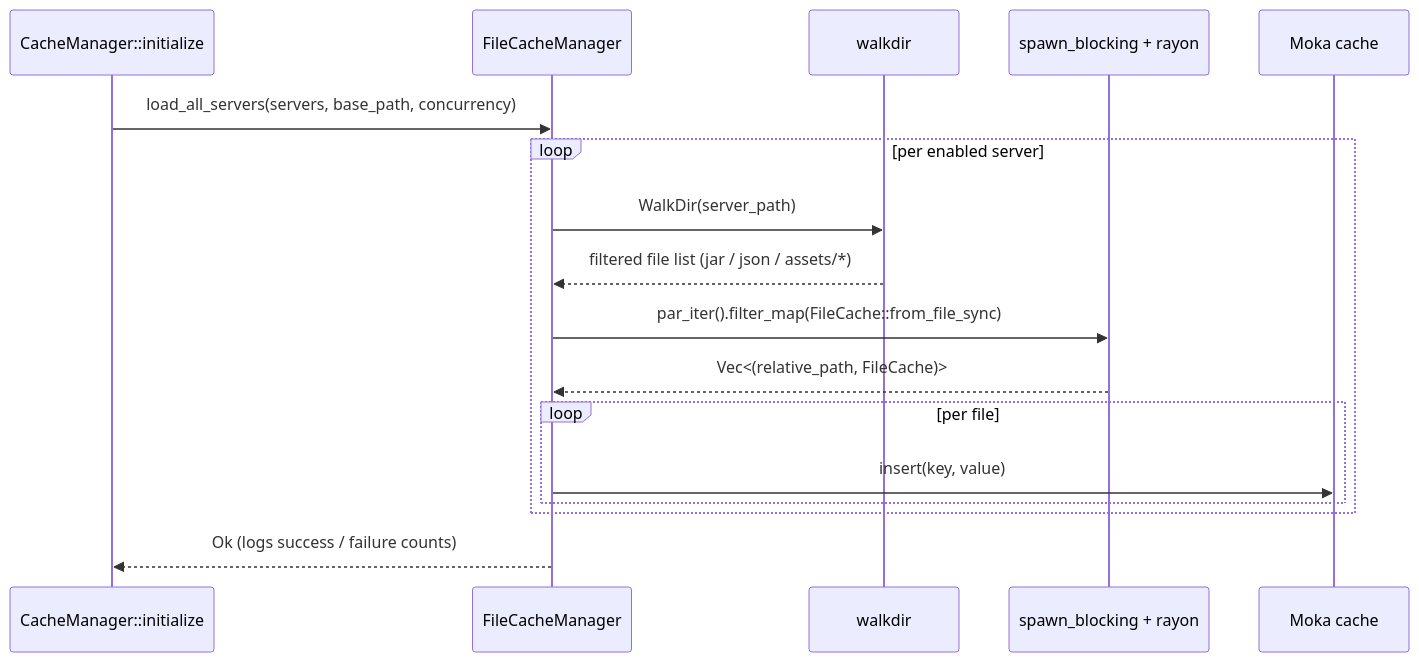
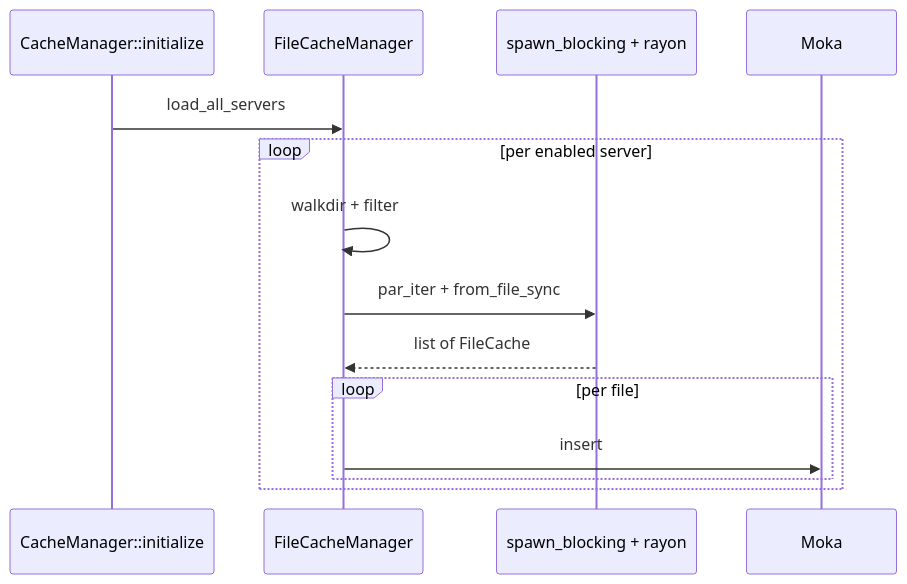
One commit to Lighty-Launcher/LightyUpdater changed the first of 3 diagrams in crates/file-cache/docs/flows.md. Above: the diagram before and after it, drawn with Mermaid. The commit also changed other lines of this file and 22 other files, not shown here.

First line of the commit message:
Simplify per-crate docs + harden mermaid for GitBook

````diff
--- a/crates/file-cache/docs/flows.md
+++ b/crates/file-cache/docs/flows.md
@@ -9,20 +5,17 @@
 ```mermaid
 sequenceDiagram
     participant Init as CacheManager::initialize
     participant Mgr as FileCacheManager
-    participant Walk as walkdir
     participant Pool as spawn_blocking + rayon
-    participant Cache as Moka cache
+    participant Cache as Moka
 
-    Init->>Mgr: load_all_servers(servers, base_path, concurrency)
+    Init->>Mgr: load_all_servers
     loop per enabled server
-        Mgr->>Walk: WalkDir(server_path)
-        Walk-->>Mgr: filtered file list (jar / json / assets/*)
-        Mgr->>Pool: par_iter().filter_map(FileCache::from_file_sync)
-        Pool-->>Mgr: Vec<(relative_path, FileCache)>
+        Mgr->>Mgr: walkdir + filter
+        Mgr->>Pool: par_iter + from_file_sync
+        Pool-->>Mgr: list of FileCache
         loop per file
-            Mgr->>Cache: insert(key, value)
+            Mgr->>Cache: insert
         end
     end
-    Mgr-->>Init: Ok (logs success / failure counts)
 ```
````
